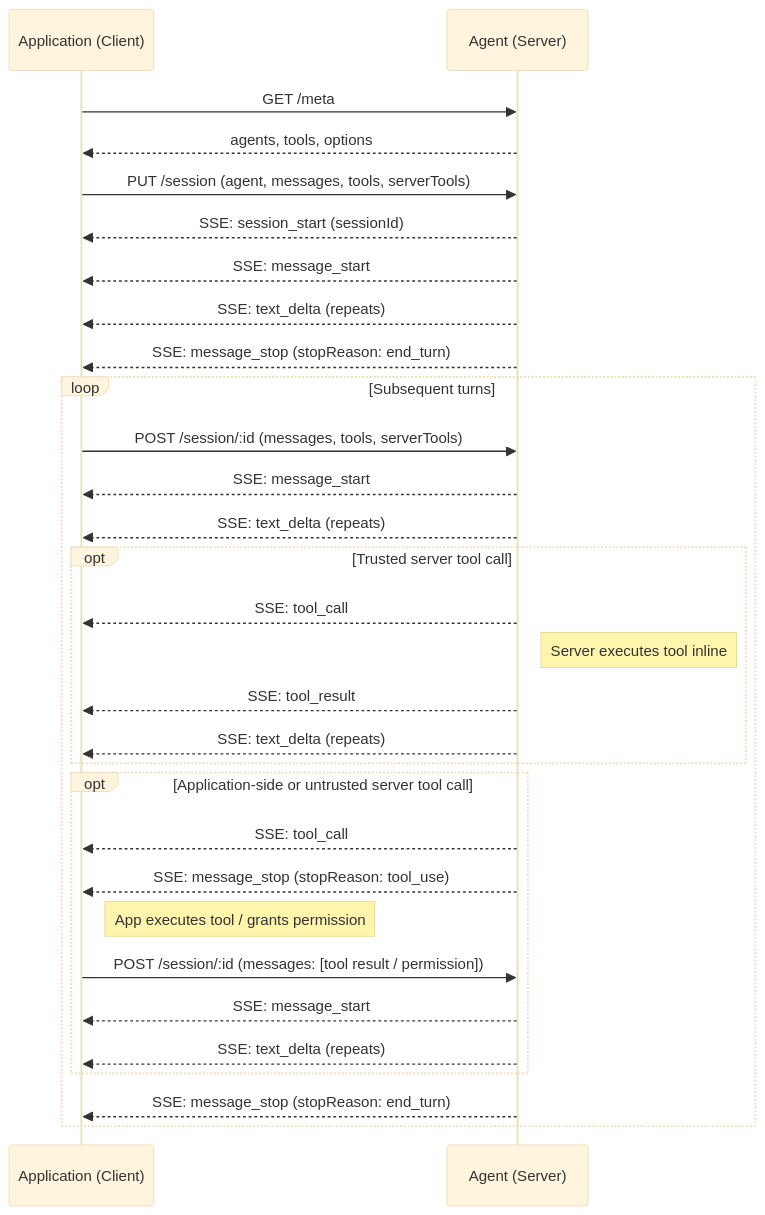
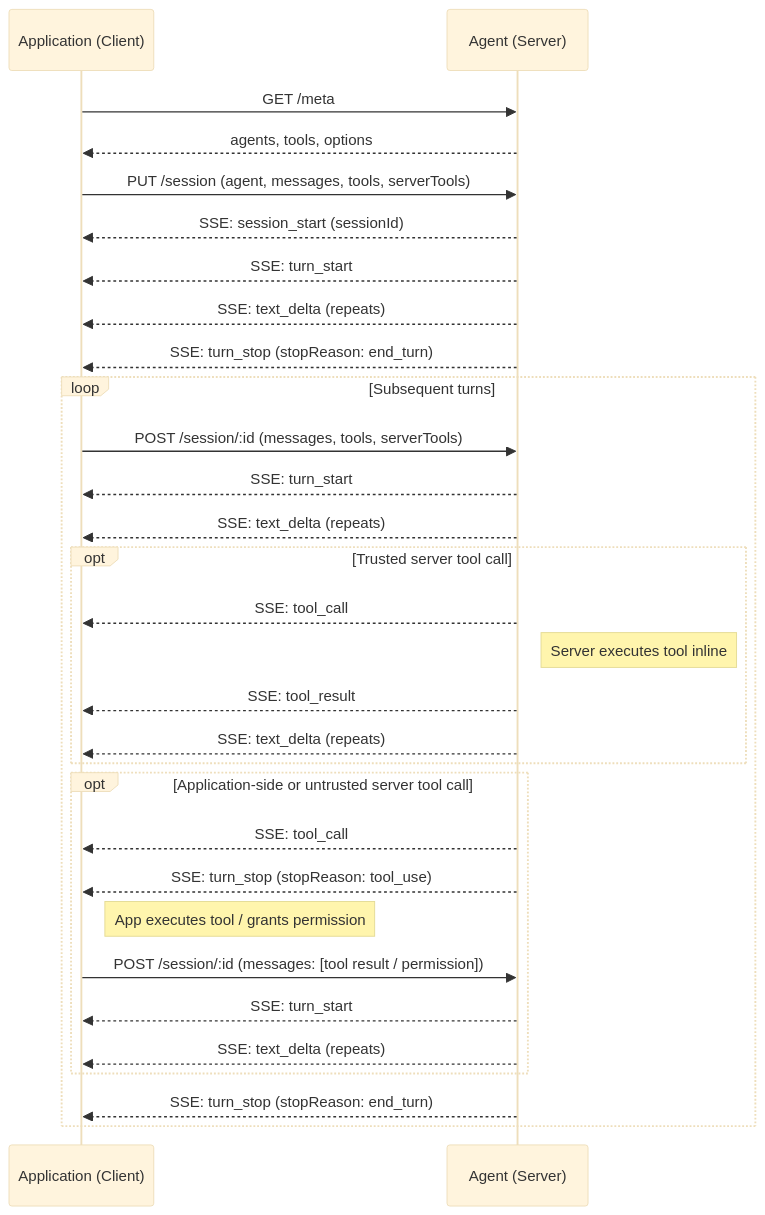
One commit to agentapplicationprotocol/agent-application-protocol changed the diagram in docs/protocol.md. Above: the diagram before and after it, drawn with Mermaid (base theme). The commit also changed other lines of this file, not shown here.

Commit message:
refactor: rename message_start/message_stop to turn_start/turn_stop

````diff
--- a/docs/protocol.md
+++ b/docs/protocol.md
@@ -681,35 +681,35 @@
 ```mermaid
 sequenceDiagram
     participant App as Application (Client)
     participant Agent as Agent (Server)
 
     App->>Agent: GET /meta
     Agent-->>App: agents, tools, options
 
     App->>Agent: PUT /session (agent, messages, tools, serverTools)
     Agent-->>App: SSE: session_start (sessionId)
-    Agent-->>App: SSE: message_start
+    Agent-->>App: SSE: turn_start
     Agent-->>App: SSE: text_delta (repeats)
-    Agent-->>App: SSE: message_stop (stopReason: end_turn)
+    Agent-->>App: SSE: turn_stop (stopReason: end_turn)
 
     loop Subsequent turns
         App->>Agent: POST /session/:id (messages, tools, serverTools)
-        Agent-->>App: SSE: message_start
+        Agent-->>App: SSE: turn_start
         Agent-->>App: SSE: text_delta (repeats)
         opt Trusted server tool call
             Agent-->>App: SSE: tool_call
             Note right of Agent: Server executes tool inline
             Agent-->>App: SSE: tool_result
             Agent-->>App: SSE: text_delta (repeats)
         end
         opt Application-side or untrusted server tool call
             Agent-->>App: SSE: tool_call
-            Agent-->>App: SSE: message_stop (stopReason: tool_use)
+            Agent-->>App: SSE: turn_stop (stopReason: tool_use)
             Note right of App: App executes tool / grants permission
             App->>Agent: POST /session/:id (messages: [tool result / permission])
-            Agent-->>App: SSE: message_start
+            Agent-->>App: SSE: turn_start
             Agent-->>App: SSE: text_delta (repeats)
         end
-        Agent-->>App: SSE: message_stop (stopReason: end_turn)
+        Agent-->>App: SSE: turn_stop (stopReason: end_turn)
     end
 ```
````
